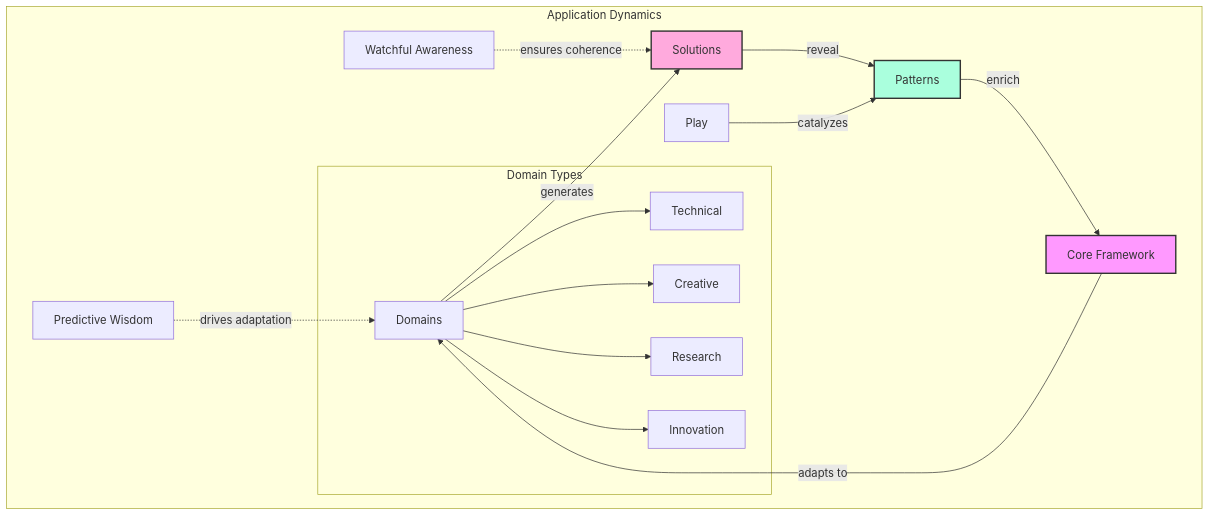
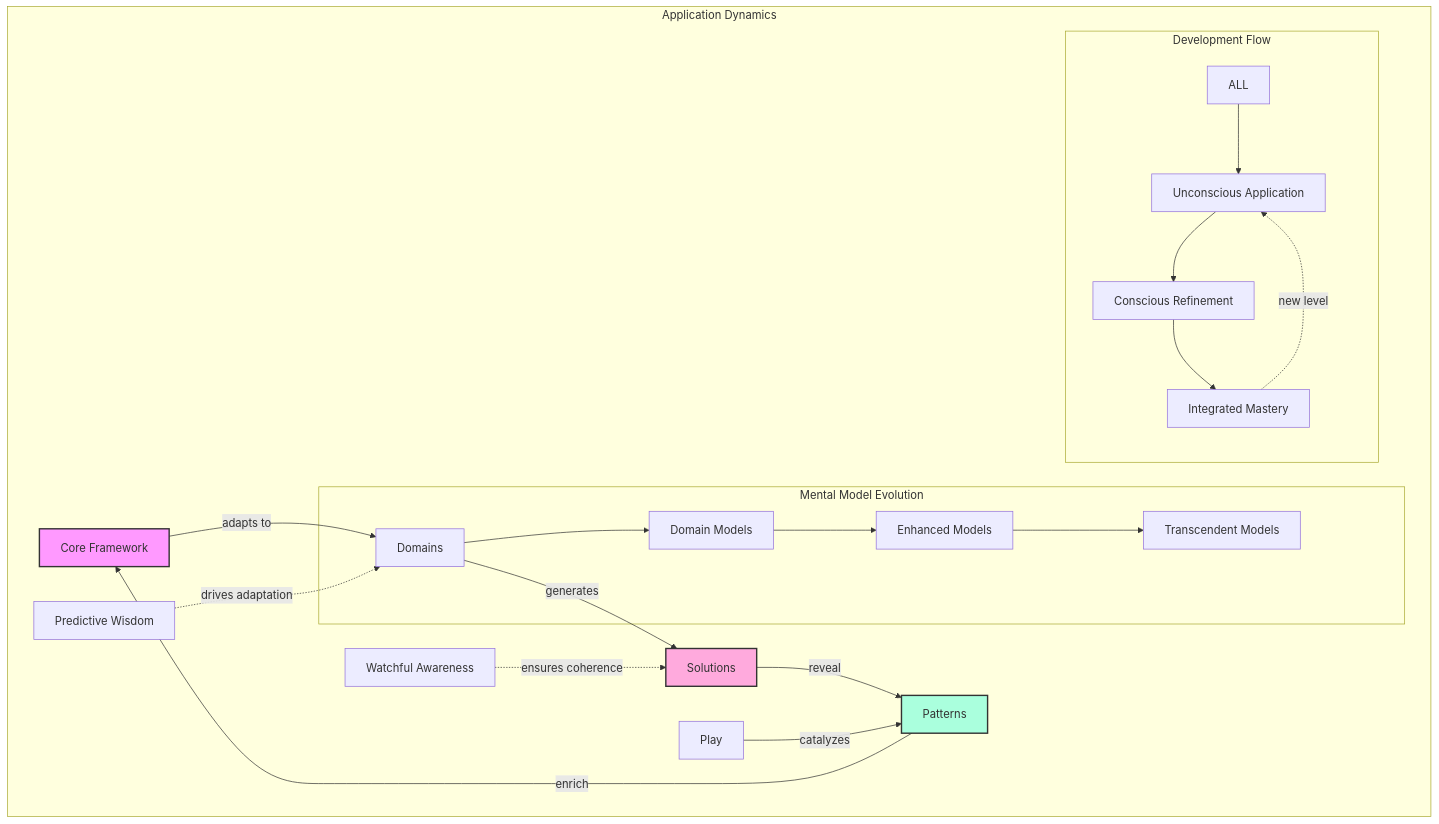
Before and after one commit to phillipclapham/neuroweaver: diagram 28 of 43 in README.md, drawn with Mermaid. The commit also changed other lines of this file, not shown here.

````diff
--- a/README.md
+++ b/README.md
@@ -1141,24 +1663,30 @@
 ```mermaid
 graph TD
     subgraph "Application Dynamics"
         C[Core Framework] -->|adapts to| D[Domains]
         D -->|generates| S[Solutions]
         S -->|reveal| P[Patterns]
         P -->|enrich| C
 
         PW[Predictive Wisdom] -.->|drives adaptation| D
         WA[Watchful Awareness] -.->|ensures coherence| S
-        PL[Play] -->|catalyzes| P
+        Play[Play] -->|catalyzes| P
 
-        subgraph "Domain Types"
-            D --> TD[Technical]
-            D --> CD[Creative]
-            D --> RD[Research]
-            D --> ID[Innovation]
+        subgraph "Mental Model Evolution"
+            D --> M1[Domain Models]
+            M1 --> M2[Enhanced Models]
+            M2 --> M3[Transcendent Models]
+        end
+
+        subgraph "Development Flow"
+            ALL --> U[Unconscious Application]
+            U --> C1[Conscious Refinement]
+            C1 --> I[Integrated Mastery]
+            I -.->|new level| U
         end
     end
 
     style C fill:#f9f,stroke:#333,stroke-width:2px
     style S fill:#fad,stroke:#333,stroke-width:2px
     style P fill:#afd,stroke:#333,stroke-width:2px
 ```
````
